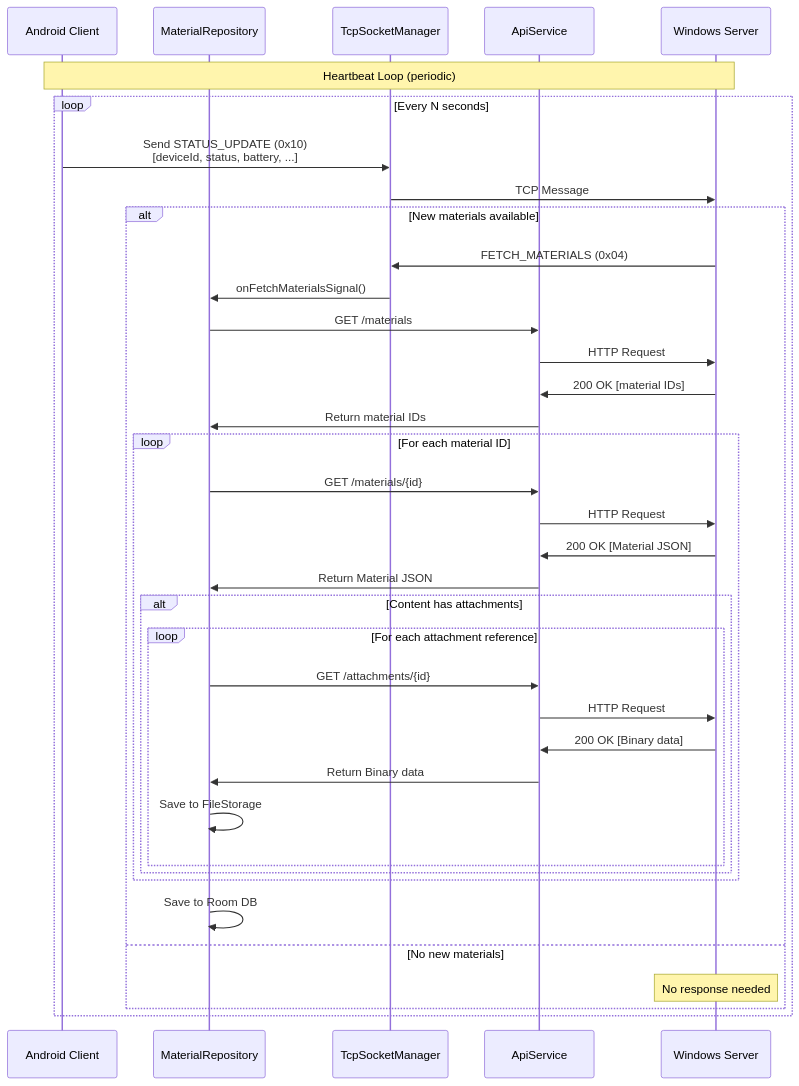
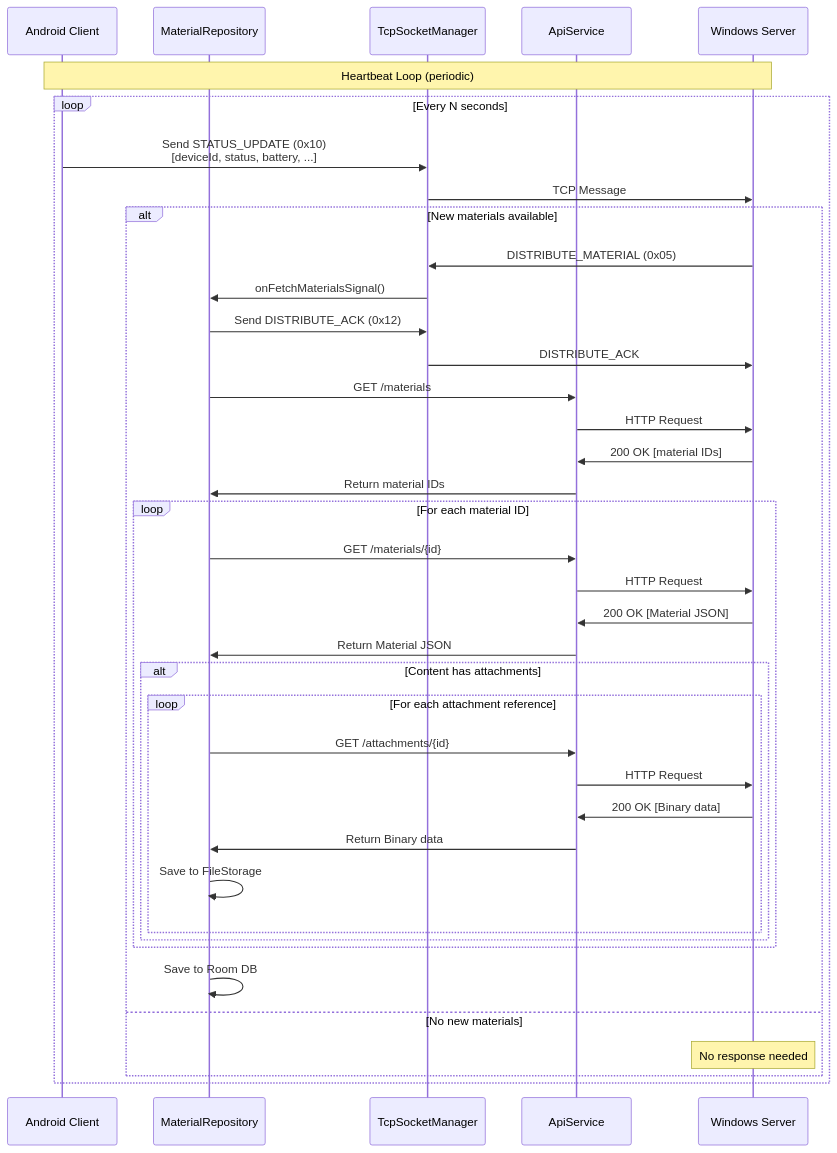
Before and after one commit to raphaellith/Manuscripta: the fifth of 15 diagrams in docs/Android System Design.md, drawn with Mermaid. The commit also changed other lines of this file and 1 other file, not shown here.

Commit message:
feat: Introduce explicit acknowledgment messages for material distribution and hand-raised events, updating system design and API contract documentation.

````diff
--- a/docs/Android System Design.md
+++ b/docs/Android System Design.md
@@ -336,44 +336,46 @@
 ```mermaid
 sequenceDiagram
     participant A as Android Client
     participant MR as MaterialRepository
     participant TCP as TcpSocketManager
     participant HTTP as ApiService
     participant W as Windows Server
     
     Note over A,W: Heartbeat Loop (periodic)
     loop Every N seconds
         A->>TCP: Send STATUS_UPDATE (0x10)<br/>[deviceId, status, battery, ...]
         TCP->>W: TCP Message
         
         alt New materials available
-            W->>TCP: FETCH_MATERIALS (0x04)
+            W->>TCP: DISTRIBUTE_MATERIAL (0x05)
             TCP->>MR: onFetchMaterialsSignal()
+            MR->>TCP: Send DISTRIBUTE_ACK (0x12)
+            TCP->>W: DISTRIBUTE_ACK
             MR->>HTTP: GET /materials
             HTTP->>W: HTTP Request
             W->>HTTP: 200 OK [material IDs]
             HTTP->>MR: Return material IDs
             
             loop For each material ID
                 MR->>HTTP: GET /materials/{id}
                 HTTP->>W: HTTP Request
                 W->>HTTP: 200 OK [Material JSON]
                 HTTP->>MR: Return Material JSON
                 
                 alt Content has attachments
                     loop For each attachment reference
                         MR->>HTTP: GET /attachments/{id}
                         HTTP->>W: HTTP Request
                         W->>HTTP: 200 OK [Binary data]
                         HTTP->>MR: Return Binary data
                         MR->>MR: Save to FileStorage
                     end
                 end
             end
             
             MR->>MR: Save to Room DB
         else No new materials
             Note over W: No response needed
         end
     end
 ```
````
